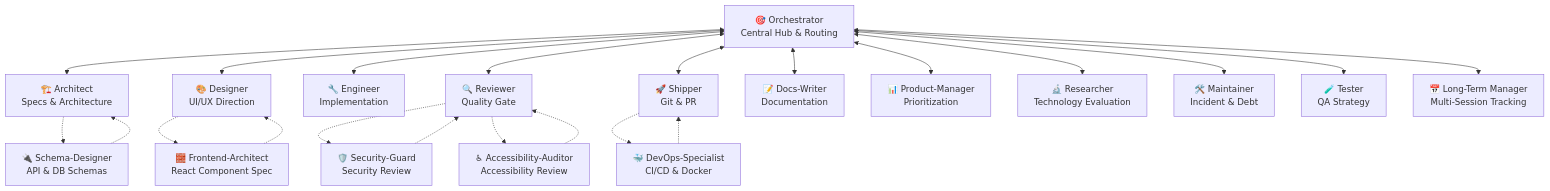
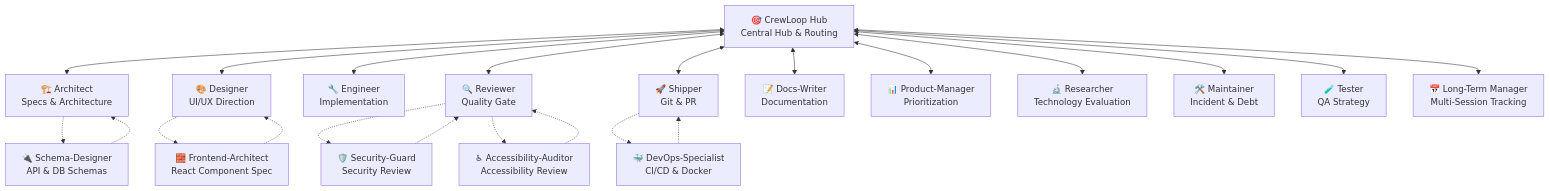
The diagram in docs/public/docs/concepts/workflow.md (leorsousa05/CrewLoop), drawn with Mermaid before and after one commit. The commit also changed other lines of this file and 69 other files, not shown here.

First line of the commit message:
refactor(core): rename orchestrator to crewloop-hub

````diff
--- a/docs/public/docs/concepts/workflow.md
+++ b/docs/public/docs/concepts/workflow.md
@@ -11,26 +11,26 @@
 ```mermaid
 flowchart TD
-    O["🎯 Orchestrator\nCentral Hub & Routing"] <--> A["🏗️ Architect\nSpecs & Architecture"]
+    O["🎯 CrewLoop Hub\nCentral Hub & Routing"] <--> A["🏗️ Architect\nSpecs & Architecture"]
     O <--> D["🎨 Designer\nUI/UX Direction"]
     O <--> E["🔧 Engineer\nImplementation"]
     O <--> R["🔍 Reviewer\nQuality Gate"]
     O <--> S["🚀 Shipper\nGit & PR"]
     O <--> W["📝 Docs-Writer\nDocumentation"]
     O <--> PM["📊 Product-Manager\nPrioritization"]
     O <--> RS["🔬 Researcher\nTechnology Evaluation"]
     O <--> MN["🛠️ Maintainer\nIncident & Debt"]
     O <--> T["🧪 Tester\nQA Strategy"]
     O <--> LTM["📅 Long-Term Manager\nMulti-Session Tracking"]
 
     A -.-> SD["🔌 Schema-Designer\nAPI & DB Schemas"]
     SD -.-> A
     D -.-> FA["🧱 Frontend-Architect\nReact Component Spec"]
     FA -.-> D
     S -.-> DO["🐳 DevOps-Specialist\nCI/CD & Docker"]
     DO -.-> S
 
     SG["🛡️ Security-Guard\nSecurity Review"] -.-> R
     AA["♿ Accessibility-Auditor\nAccessibility Review"] -.-> R
     R -.-> SG
     R -.-> AA
 ```
````
